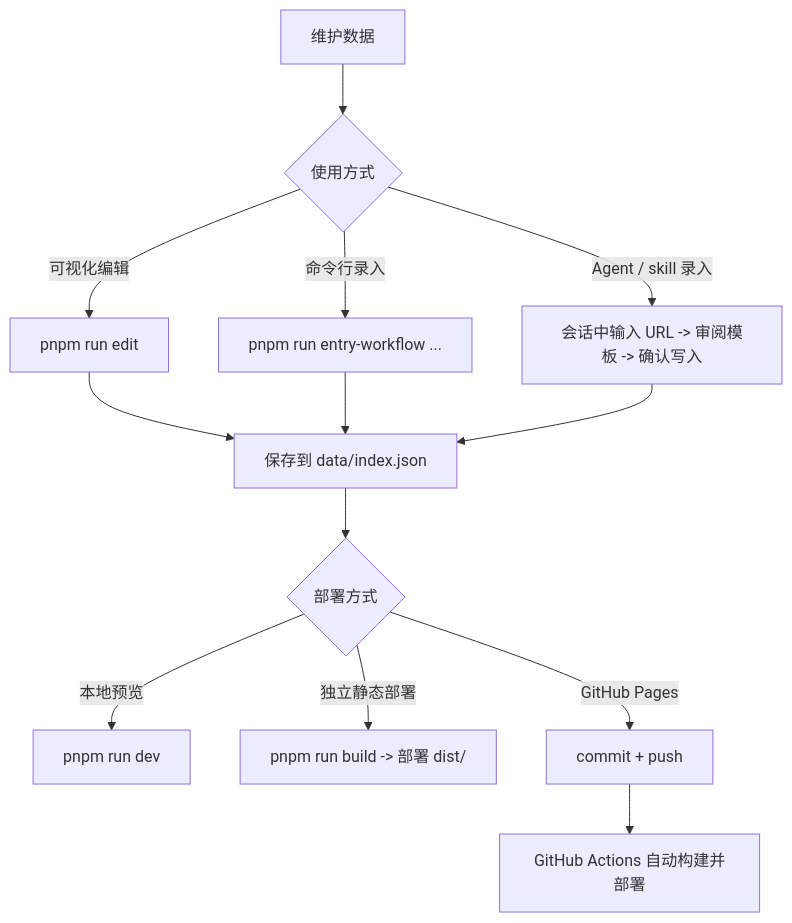
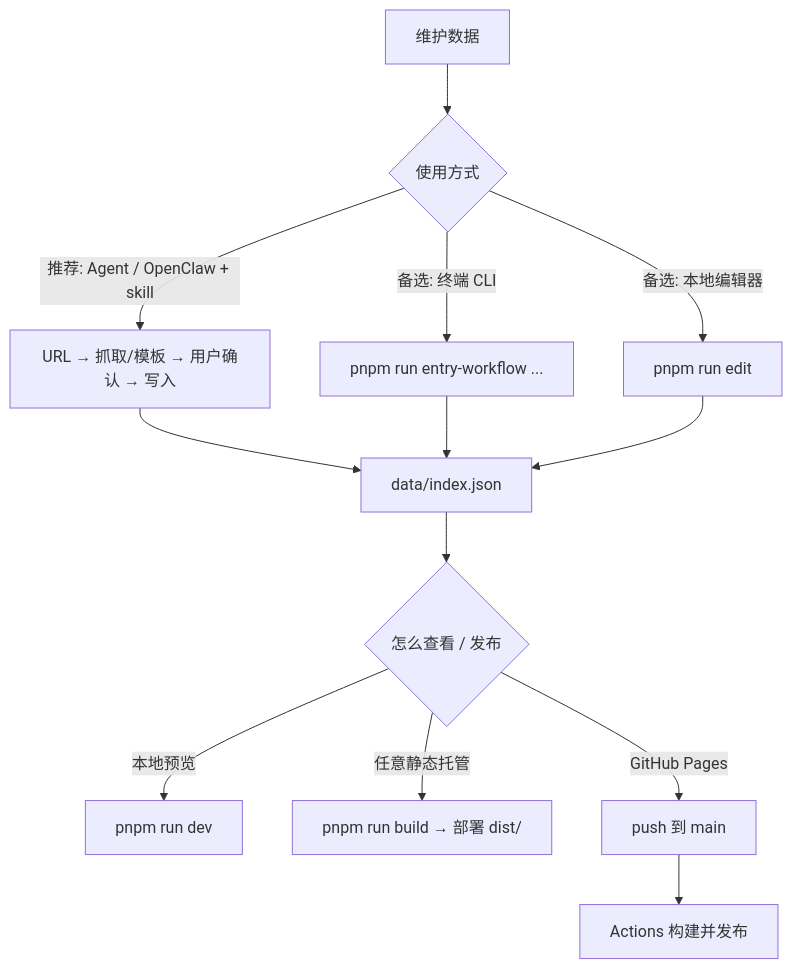
One commit to Powdered-Delta/nav-hoard changed the diagram in README.md. Above: the diagram before and after it, drawn with Mermaid. The commit also changed other lines of this file and 12 other files, not shown here.

First line of the commit message:
docs: Agent-first maintenance, batch skill, and demo links

````diff
--- a/README.md
+++ b/README.md
@@ -30,15 +19,15 @@
 ```mermaid
 flowchart TD
     A[维护数据] --> B{使用方式}
-    B -->|可视化编辑| C[pnpm run edit]
-    B -->|命令行录入| D[pnpm run entry-workflow ...]
-    B -->|Agent / skill 录入| K[会话中输入 URL -> 审阅模板 -> 确认写入]
-    C --> E[保存到 data/index.json]
+    B -->|推荐: Agent / OpenClaw + skill| K["URL → 抓取/模板 → 用户确认 → 写入"]
+    B -->|备选: 终端 CLI| D["pnpm run entry-workflow ..."]
+    B -->|备选: 本地编辑器| C["pnpm run edit"]
+    K --> E["data/index.json"]
     D --> E
-    K --> E
-    E --> F{部署方式}
-    F -->|本地预览| G[pnpm run dev]
-    F -->|独立静态部署| H[pnpm run build -> 部署 dist/]
-    F -->|GitHub Pages| I[commit + push]
-    I --> J[GitHub Actions 自动构建并部署]
+    C --> E
+    E --> F{怎么查看 / 发布}
+    F -->|本地预览| G["pnpm run dev"]
+    F -->|任意静态托管| H["pnpm run build → 部署 dist/"]
+    F -->|GitHub Pages| I["push 到 main"]
+    I --> J["Actions 构建并发布"]
 ```
````
